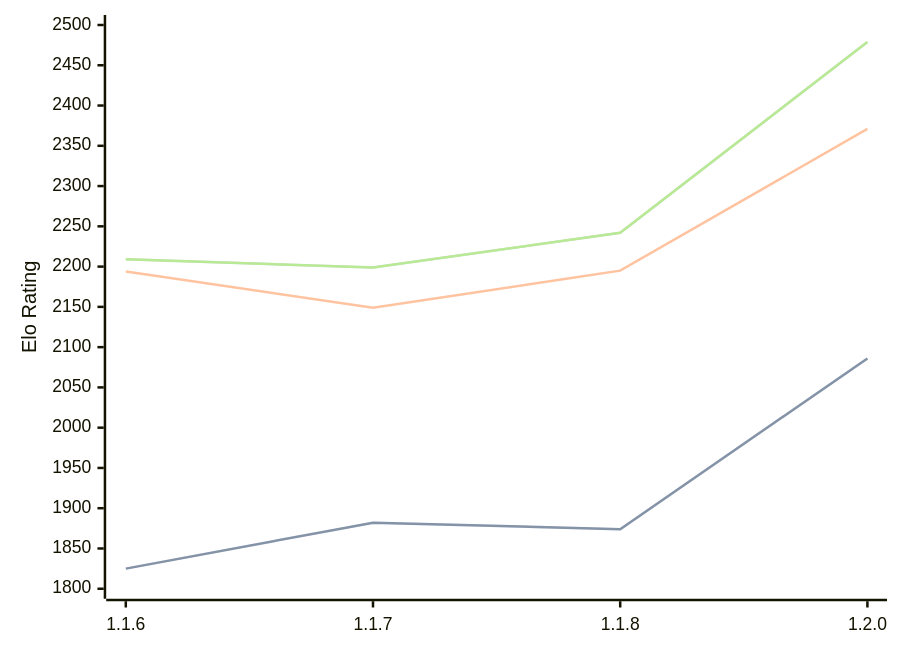
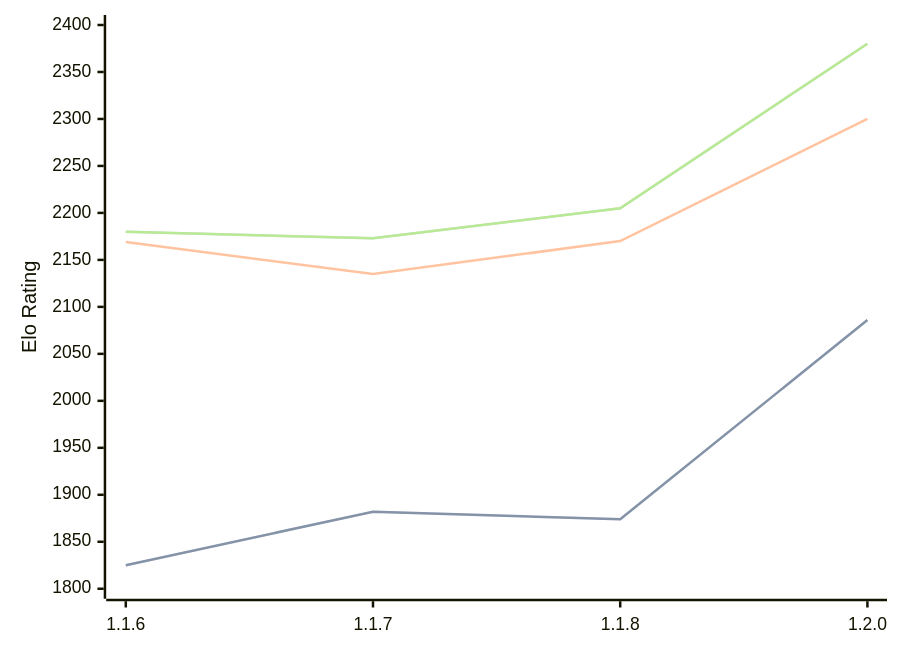
Before and after one commit to computer-chess-index/cci: the diagram in engines/Soomi.md, drawn with Mermaid. The commit also changed other lines of this file, not shown here.

Commit message:
Update CCI Ratings (ELO VLTC) - 2026-02-23

````diff
--- a/engines/Soomi.md
+++ b/engines/Soomi.md
@@ -31,11 +31,11 @@
 ```mermaid
 %%{init: {"theme":"base","themeVariables":{"seriesColors:['#a3a3a3','#222221','#faa371']}}}%%
 xychart-beta
   x-axis ["1.1.6", "1.1.7", "1.1.8", "1.2.0"]
-  y-axis "Elo Rating" 1800 --> 2500
+  y-axis "Elo Rating" 1800 --> 2400
   line "STC (8.0+0.08s)" [1825, 1882, 1874, 2086]
   line "STC (8.0+0.08s)" [1825, 1882, 1874, 2086]
-  line "LTC (60.0+0.60s)" [2194, 2149, 2195, 2371]
-  line "VLTC (2m24s+1.12s)" [2209, 2199, 2242, 2479]
-  line "VLTC (2m24s+1.12s)" [2209, 2199, 2242, 2479]
+  line "LTC (60.0+0.60s)" [2169, 2135, 2170, 2300]
+  line "VLTC (2m24s+1.12s)" [2180, 2173, 2205, 2380]
+  line "VLTC (2m24s+1.12s)" [2180, 2173, 2205, 2380]
 ```
````
